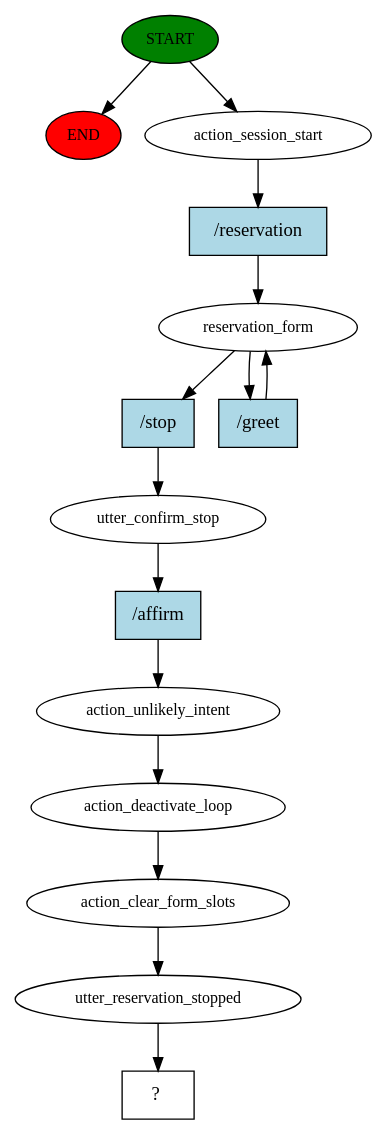
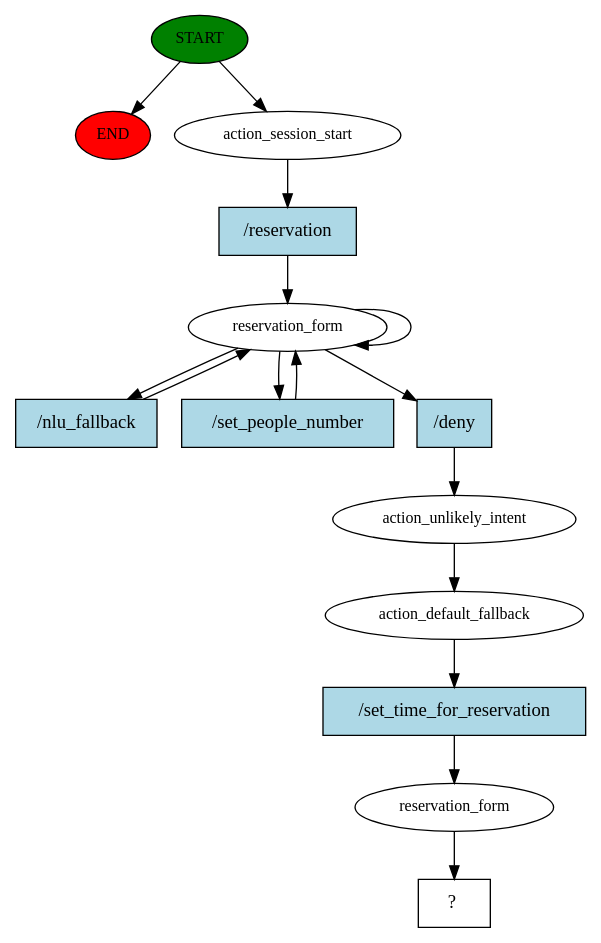
One commit to S1107327/datascience changed the diagram in rasa/story_graph.dot. Above: the diagram before and after it, drawn with Graphviz. The commit also changed 5 other files, not shown here.

```diff
--- a/rasa/story_graph.dot
+++ b/rasa/story_graph.dot
@@ -1,30 +1,30 @@
 digraph  {
 0 [class="start active", fillcolor=green, fontsize=12, label=START, style=filled];
 "-1" [class=end, fillcolor=red, fontsize=12, label=END, style=filled];
 1 [class=active, fontsize=12, label=action_session_start];
 2 [class=active, fontsize=12, label=reservation_form];
-4 [class=active, fontsize=12, label=utter_confirm_stop];
-5 [class=active, fontsize=12, label=action_unlikely_intent];
-6 [class=active, fontsize=12, label=action_deactivate_loop];
-7 [class=active, fontsize=12, label=action_clear_form_slots];
-8 [class=active, fontsize=12, label=utter_reservation_stopped];
-9 [class="intent dashed active", label="  ?  ", shape=rect];
-10 [class="intent active", fillcolor=lightblue, label="/reservation", shape=rect, style=filled];
-11 [class="intent active", fillcolor=lightblue, label="/stop", shape=rect, style=filled];
-12 [class="intent active", fillcolor=lightblue, label="/greet", shape=rect, style=filled];
-13 [class="intent active", fillcolor=lightblue, label="/affirm", shape=rect, style=filled];
+8 [class=active, fontsize=12, label=action_unlikely_intent];
+9 [class=active, fontsize=12, label=action_default_fallback];
+10 [class=active, fontsize=12, label=reservation_form];
+11 [class="intent dashed active", label="  ?  ", shape=rect];
+12 [class="intent active", fillcolor=lightblue, label="/reservation", shape=rect, style=filled];
+13 [class="intent active", fillcolor=lightblue, label="/nlu_fallback", shape=rect, style=filled];
+14 [class="intent active", fillcolor=lightblue, label="/set_people_number", shape=rect, style=filled];
+15 [class="intent active", fillcolor=lightblue, label="/deny", shape=rect, style=filled];
+16 [class="intent active", fillcolor=lightblue, label="/set_time_for_reservation", shape=rect, style=filled];
 0 -> "-1"  [class="", key=NONE, label=""];
 0 -> 1  [class=active, key=NONE, label=""];
-1 -> 10  [class=active, key=0];
-2 -> 11  [class=active, key=0];
-2 -> 12  [class=active, key=0];
-4 -> 13  [class=active, key=0];
-5 -> 6  [class=active, key=NONE, label=""];
-6 -> 7  [class=active, key=NONE, label=""];
-7 -> 8  [class=active, key=NONE, label=""];
+1 -> 12  [class=active, key=0];
+2 -> 2  [class=active, key=NONE, label=""];
+2 -> 13  [class=active, key=0];
+2 -> 14  [class=active, key=0];
+2 -> 15  [class=active, key=0];
 8 -> 9  [class=active, key=NONE, label=""];
-10 -> 2  [class=active, key=0];
-11 -> 4  [class=active, key=0];
+9 -> 16  [class=active, key=0];
+10 -> 11  [class=active, key=NONE, label=""];
 12 -> 2  [class=active, key=0];
-13 -> 5  [class=active, key=0];
+13 -> 2  [class=active, key=0];
+14 -> 2  [class=active, key=0];
+15 -> 8  [class=active, key=0];
+16 -> 10  [class=active, key=0];
 }
```
